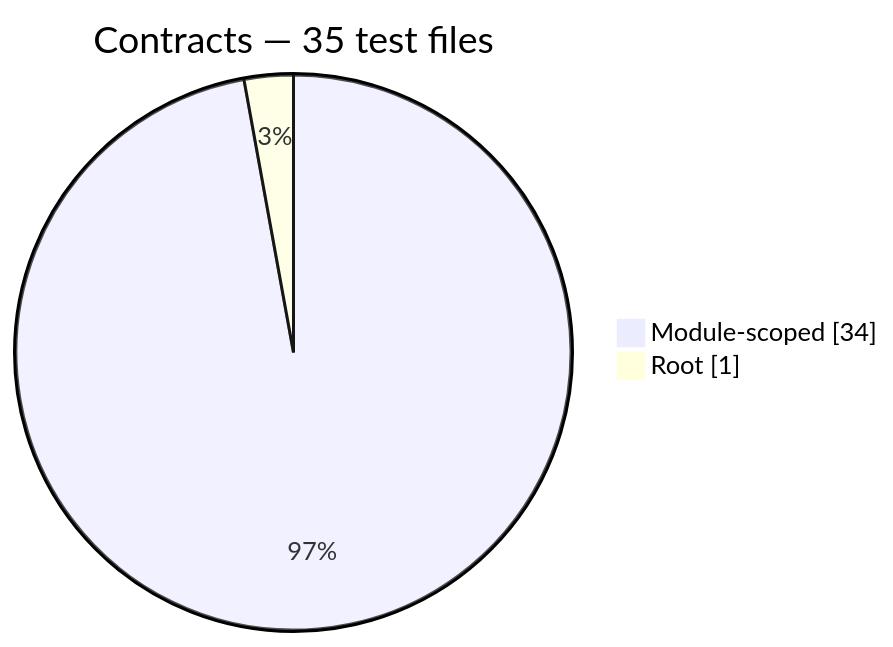
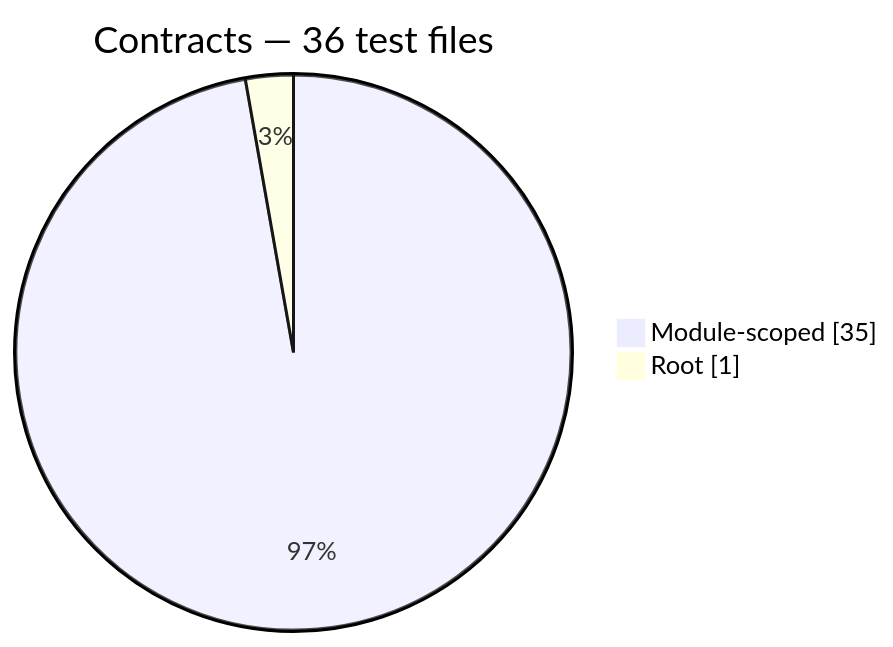
One commit to PHP-Arazzo/php-arazzo changed the first of 13 diagrams in docs/generated/test-composition.md. Above: the diagram before and after it, drawn with Mermaid. The commit also changed other lines of this file and 84 other files, not shown here.

````diff
--- a/docs/generated/test-composition.md
+++ b/docs/generated/test-composition.md
@@ -14,6 +14,6 @@
 ```mermaid
 pie showData
-    title Contracts — 35 test files
-    "Module-scoped": 34
+    title Contracts — 36 test files
+    "Module-scoped": 35
     "Root": 1
 ```
````
